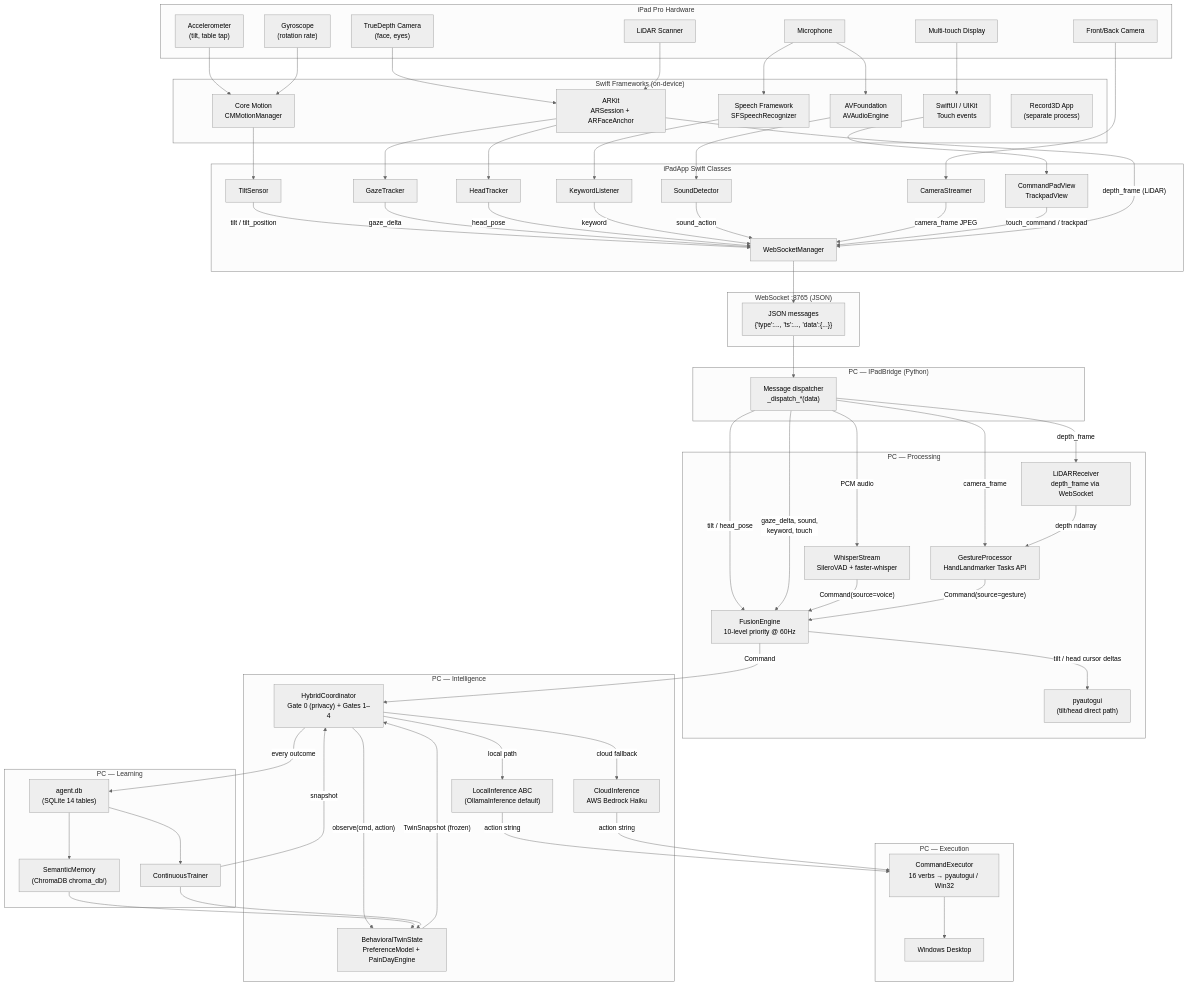
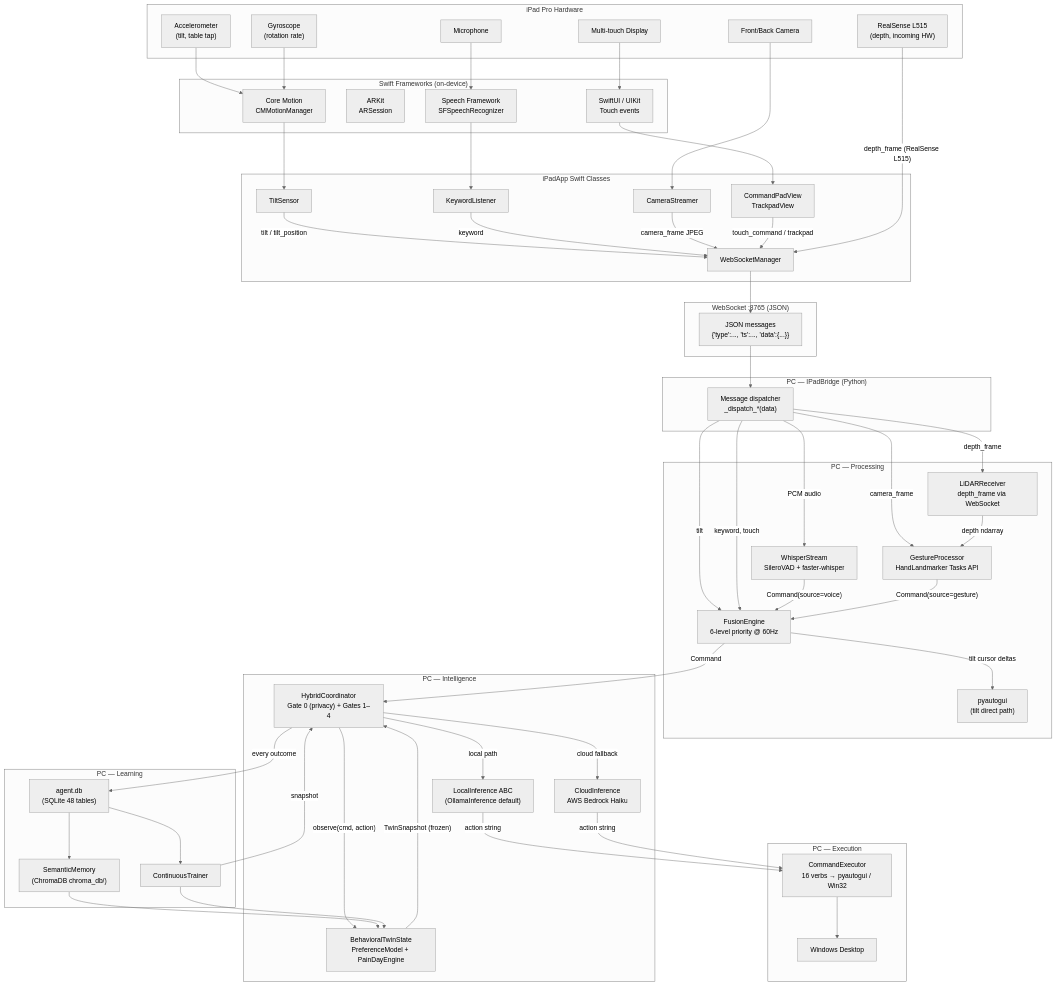
One commit to Bradly187/Personal-Desktop-Agent changed the first of 7 diagrams in specs/ipad-sensor-focus/diagrams/05-data-flow.md. Above: the diagram before and after it, drawn with Mermaid (neutral theme). The commit also changed other lines of this file and 16 other files, not shown here.

```diff
--- a/specs/ipad-sensor-focus/diagrams/05-data-flow.md
+++ b/specs/ipad-sensor-focus/diagrams/05-data-flow.md
@@ -9,8 +9,7 @@
     subgraph iPad_HW["iPad Pro Hardware"]
         accel["Accelerometer\n(tilt, table tap)"]
         gyro["Gyroscope\n(rotation rate)"]
-        truedepth["TrueDepth Camera\n(face, eyes)"]
-        lidar_hw["LiDAR Scanner"]
+        lidar_hw["RealSense L515\n(depth, incoming HW)"]
         mic_hw["Microphone"]
         front_cam_hw["Front/Back Camera"]
         touch_hw["Multi-touch Display"]
@@ -18,19 +17,14 @@
 
     subgraph Swift_Frameworks["Swift Frameworks (on-device)"]
         cm["Core Motion\nCMMotionManager"]
-        arkit["ARKit\nARSession + ARFaceAnchor"]
+        arkit["ARKit\nARSession"]
         speech["Speech Framework\nSFSpeechRecognizer"]
-        avfound["AVFoundation\nAVAudioEngine"]
         uikit["SwiftUI / UIKit\nTouch events"]
-        record3d_app["Record3D App\n(separate process)"]
     end
 
     subgraph Swift_Classes["iPadApp Swift Classes"]
         tilt_sensor["TiltSensor"]
-        gaze_tracker["GazeTracker"]
-        head_tracker["HeadTracker"]
         kw_listener["KeywordListener"]
-        sound_det["SoundDetector"]
         cam_stream["CameraStreamer"]
         touch_ui["CommandPadView\nTrackpadView"]
         ws_mgr["WebSocketManager"]
@@ -45,11 +39,11 @@
     end
 
     subgraph PC_Processing["PC — Processing"]
-        fusion["FusionEngine\n10-level priority @ 60Hz"]
+        fusion["FusionEngine\n6-level priority @ 60Hz"]
         whisper_str["WhisperStream\nSileroVAD + faster-whisper"]
         gesture_proc["GestureProcessor\nHandLandmarker Tasks API"]
         lidar_recv["LiDARReceiver\ndepth_frame via WebSocket"]
-        pyag["pyautogui\n(tilt/head direct path)"]
+        pyag["pyautogui\n(tilt direct path)"]
     end
 
     subgraph PC_Intelligence["PC — Intelligence"]
@@ -66,45 +60,36 @@
 
     subgraph PC_Learning["PC — Learning"]
         trainer["ContinuousTrainer"]
-        agentdb["agent.db\n(SQLite 14 tables)"]
+        agentdb["agent.db\n(SQLite 48 tables)"]
         chromadb["SemanticMemory\n(ChromaDB chroma_db/)"]
     end
 
     %% Hardware → Frameworks
     accel --> cm
     gyro --> cm
-    truedepth --> arkit
     mic_hw --> speech
-    mic_hw --> avfound
     front_cam_hw --> cam_stream
     touch_hw --> uikit
-    lidar_hw --> arkit
 
     %% Frameworks → Swift Classes
     cm --> tilt_sensor
-    arkit --> gaze_tracker
-    arkit --> head_tracker
     speech --> kw_listener
-    avfound --> sound_det
     uikit --> touch_ui
 
     %% Swift Classes → WebSocketManager (single WS connection)
     tilt_sensor -->|"tilt / tilt_position"| ws_mgr
-    gaze_tracker -->|"gaze_delta"| ws_mgr
-    head_tracker -->|"head_pose"| ws_mgr
     kw_listener -->|"keyword"| ws_mgr
-    sound_det -->|"sound_action"| ws_mgr
     cam_stream -->|"camera_frame JPEG"| ws_mgr
     touch_ui -->|"touch_command / trackpad"| ws_mgr
-    arkit -->|"depth_frame (LiDAR)"| ws_mgr
+    lidar_hw -->|"depth_frame (RealSense L515)"| ws_mgr
 
     %% WebSocket wire
     ws_mgr --> ws_wire
     ws_wire --> dispatch
 
     %% Bridge dispatch → PC processing
-    dispatch -->|"tilt / head_pose"| fusion
-    dispatch -->|"gaze_delta, sound,\nkeyword, touch"| fusion
+    dispatch -->|"tilt"| fusion
+    dispatch -->|"keyword, touch"| fusion
     dispatch -->|"PCM audio"| whisper_str
     dispatch -->|"camera_frame"| gesture_proc
     dispatch -->|"depth_frame"| lidar_recv
@@ -115,7 +100,7 @@
     gesture_proc -->|"Command(source=gesture)"| fusion
 
     %% Fusion → Coordinator or Direct
-    fusion -->|"tilt / head cursor deltas"| pyag
+    fusion -->|"tilt cursor deltas"| pyag
     fusion -->|"Command"| coord
 
     %% Twin state feeds coordinator
```
